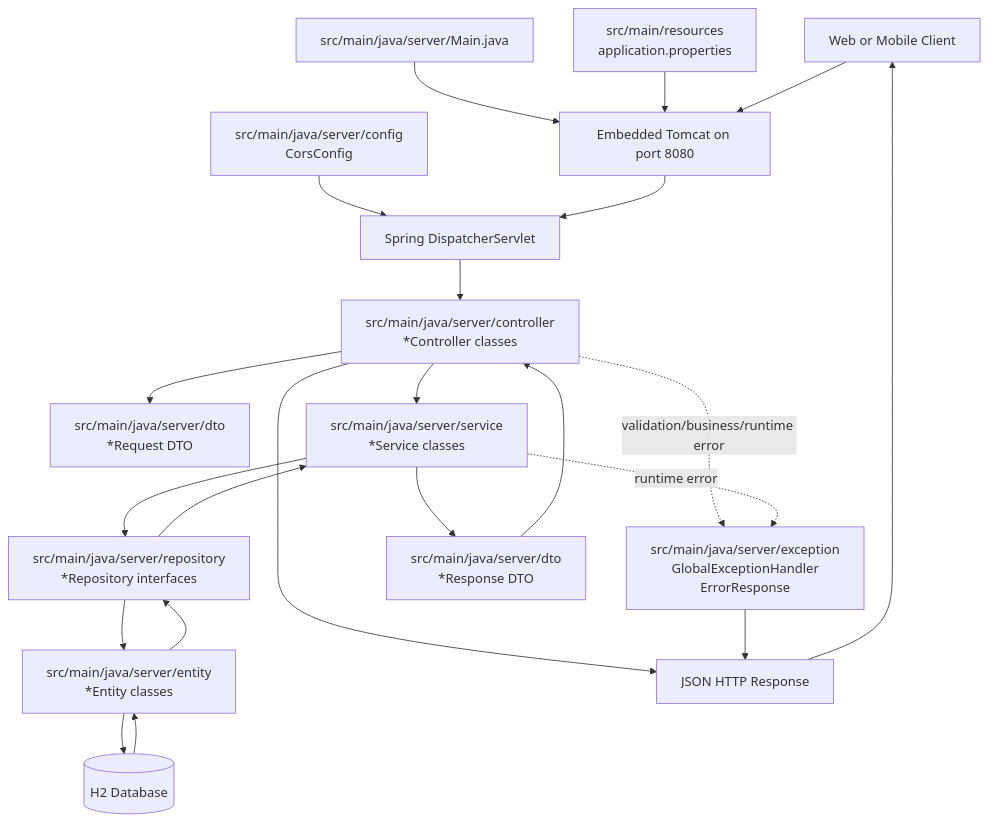
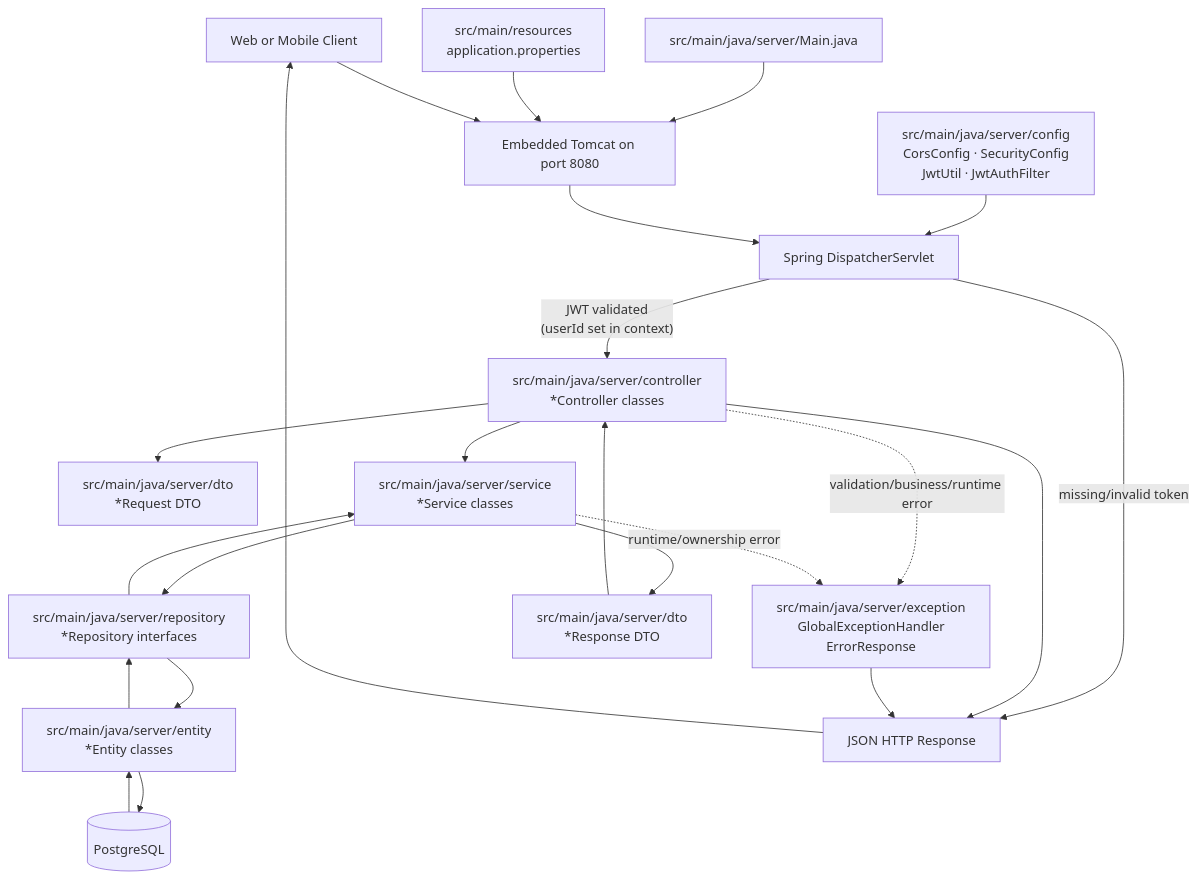
The diagram in FLOW_SCHEMA.md (AbdelAziz-Mseddi/Tutoring_Manager-Server), drawn with Mermaid before and after one commit. The commit also changed other lines of this file and 39 other files, not shown here.

Commit message:
added user auth endpoints and updated docs

````diff
--- a/FLOW_SCHEMA.md
+++ b/FLOW_SCHEMA.md
@@ -5,36 +5,38 @@
 ```mermaid
 flowchart TD
     Client[Web or Mobile Client]
     Port[Embedded Tomcat on port 8080]
     Dispatcher[Spring DispatcherServlet]
 
     Main[src/main/java/server/Main.java]
-    Config[src/main/java/server/config\nCorsConfig]
+    Config[src/main/java/server/config\nCorsConfig · SecurityConfig\nJwtUtil · JwtAuthFilter]
     Controller[src/main/java/server/controller\n*Controller classes]
     DtoIn[src/main/java/server/dto\n*Request DTO]
     Service[src/main/java/server/service\n*Service classes]
     Repository[src/main/java/server/repository\n*Repository interfaces]
     Entity[src/main/java/server/entity\n*Entity classes]
-    DB[(H2 Database)]
+    DB[(PostgreSQL)]
 
     Exception[src/main/java/server/exception\nGlobalExceptionHandler\nErrorResponse]
     DtoOut[src/main/java/server/dto\n*Response DTO]
     Json[JSON HTTP Response]
 
     Props[src/main/resources\napplication.properties]
 
     Main --> Port
     Props --> Port
     Config --> Dispatcher
 
-    Client --> Port --> Dispatcher --> Controller
+    Client --> Port --> Dispatcher
+    Dispatcher -- "JWT validated\n(userId set in context)" --> Controller
+    Dispatcher -- "missing/invalid token" --> Json
     Controller --> DtoIn
     Controller --> Service
     Service --> Repository --> Entity --> DB
     DB --> Entity --> Repository --> Service
     Service --> DtoOut --> Controller --> Json --> Client
 
     Controller -. validation/business/runtime error .-> Exception
-    Service -. runtime error .-> Exception
+    Service -. runtime/ownership error .-> Exception
     Exception --> Json
 ```
````
